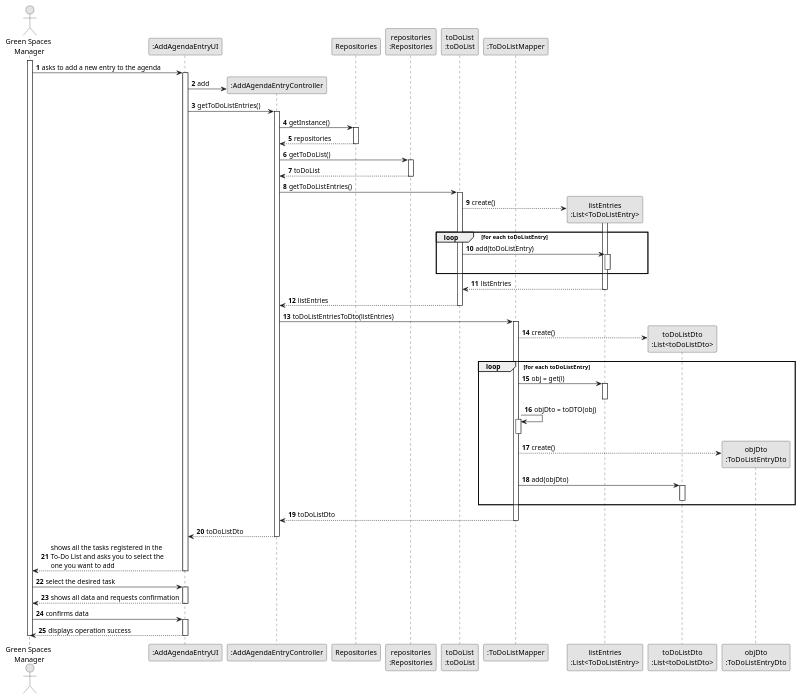
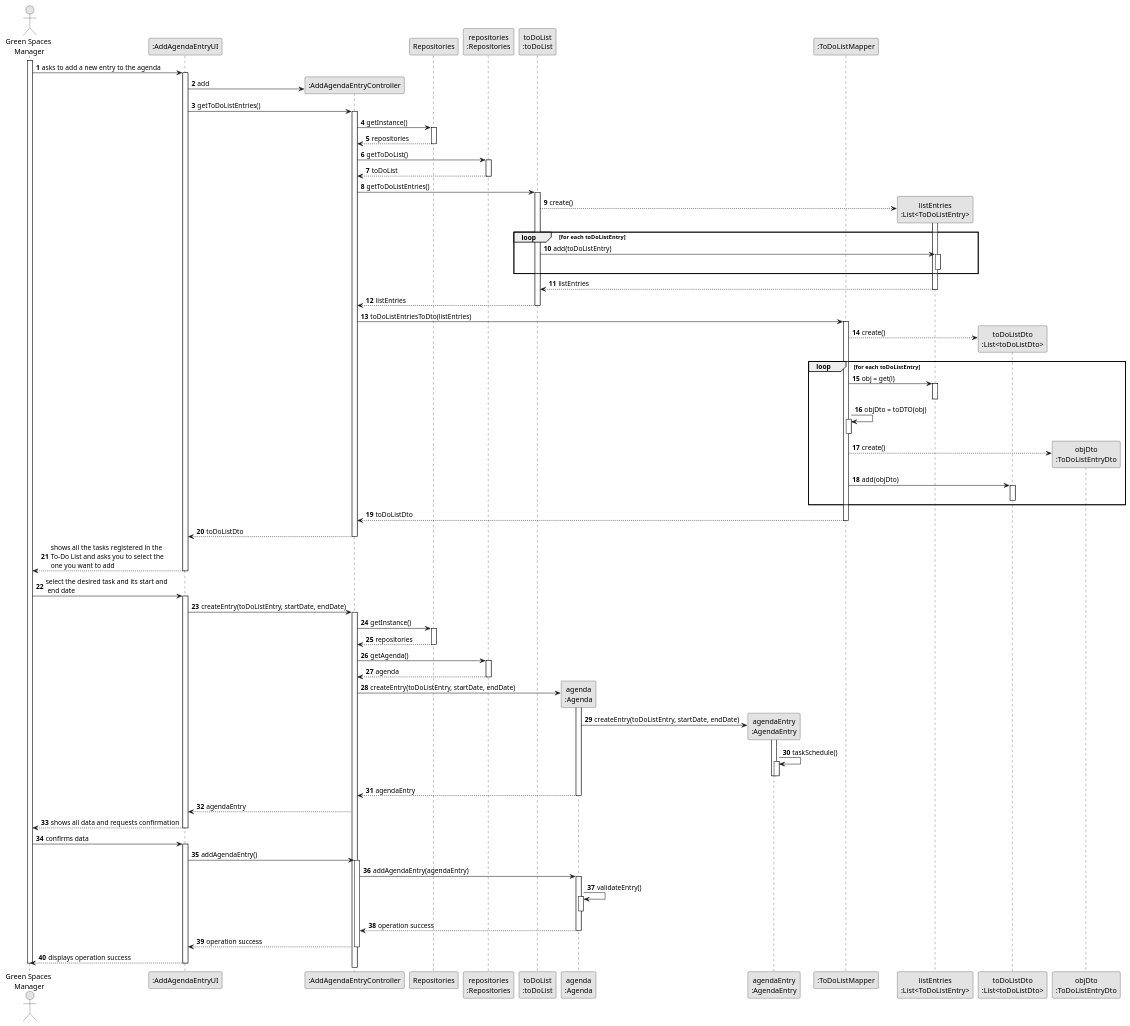
Before and after one commit to diogoveirospro/lei-24-s2-1dg-g072: the diagram in docs/sprintC/us022/03.design/puml/us022-sequence-diagram-full.puml, drawn with PlantUML. The commit also changed 7 other files, not shown here.

```diff
--- a/docs/sprintC/us022/03.design/puml/us022-sequence-diagram-full.puml
+++ b/docs/sprintC/us022/03.design/puml/us022-sequence-diagram-full.puml
@@ -1,106 +1,157 @@
 @startuml
 skinparam monochrome true
 skinparam packageStyle rectangle
 skinparam shadowing false
 
 autonumber
 
 'hide footbox
 actor "Green Spaces\n Manager" as GSM
 participant ":AddAgendaEntryUI" as UI
 participant ":AddAgendaEntryController" as CTRL
 participant Repositories
 participant "repositories\n:Repositories" as REP
 participant "toDoList\n:toDoList" as TODOLIST
+participant "agenda\n:Agenda" as AGENDA
+participant "agendaEntry\n:AgendaEntry" as AGENDAENTRY
 participant ":ToDoListMapper" as TODOLISTMAPPER
 participant "listEntries\n:List<ToDoListEntry>" as LISTENTRIES
 participant "toDoListDto\n:List<toDoListDto>" as TODOLISTDTO
 participant "objDto\n:ToDoListEntryDto" as TODOLISTENTRYDTO
 
 activate GSM
 
     GSM -> UI : asks to add a new entry to the agenda
     activate UI
 
         UI -> CTRL** : add
 
         UI -> CTRL : getToDoListEntries()
         activate CTRL
 
            CTRL -> Repositories: getInstance()
            activate Repositories
 
                 Repositories --> CTRL: repositories
            deactivate Repositories
 
            CTRL -> REP: getToDoList()
            activate REP
 
                 REP --> CTRL: toDoList
            deactivate REP
 
             CTRL -> TODOLIST : getToDoListEntries()
             activate TODOLIST
 
                     TODOLIST --> LISTENTRIES** : create()
                     activate LISTENTRIES
 
                         loop for each toDoListEntry
                             TODOLIST -> LISTENTRIES : add(toDoListEntry)
                             activate LISTENTRIES
                             deactivate LISTENTRIES
                         end
 
                         LISTENTRIES --> TODOLIST : listEntries
                     deactivate LISTENTRIES
 
 
                 TODOLIST --> CTRL : listEntries
             deactivate TODOLIST
 
             CTRL -> TODOLISTMAPPER : toDoListEntriesToDto(listEntries)
             activate TODOLISTMAPPER
 
                 TODOLISTMAPPER --> TODOLISTDTO** : create()
 
                 loop for each toDoListEntry
                     TODOLISTMAPPER -> LISTENTRIES : obj = get(i)
                     activate LISTENTRIES
                     deactivate LISTENTRIES
 
                     TODOLISTMAPPER -> TODOLISTMAPPER : objDto = toDTO(obj)
                     activate TODOLISTMAPPER
                     deactivate TODOLISTMAPPER
 
                     TODOLISTMAPPER --> TODOLISTENTRYDTO** : create()
 
                     TODOLISTMAPPER -> TODOLISTDTO : add(objDto)
                     activate TODOLISTDTO
                     deactivate TODOLISTDTO
 
                 end
 
                 TODOLISTMAPPER --> CTRL : toDoListDto
             deactivate TODOLISTMAPPER
 
             CTRL --> UI : toDoListDto
         deactivate CTRL
 
         UI --> GSM: shows all the tasks registered in the \nTo-Do List and asks you to select the \none you want to add
     deactivate UI
 
-    GSM -> UI: select the desired task
+    GSM -> UI: select the desired task and its start and\n end date
     activate UI
+
+        UI -> CTRL : createEntry(toDoListEntry, startDate, endDate)
+        activate CTRL
+
+            CTRL -> Repositories: getInstance()
+            activate Repositories
+
+                Repositories --> CTRL: repositories
+            deactivate Repositories
+
+            CTRL -> REP: getAgenda()
+            activate REP
+
+                REP --> CTRL: agenda
+            deactivate REP
+
+            CTRL -> AGENDA** : createEntry(toDoListEntry, startDate, endDate)
+            activate AGENDA
+
+                AGENDA -> AGENDAENTRY** : createEntry(toDoListEntry, startDate, endDate)
+                activate AGENDAENTRY
+
+                AGENDAENTRY -> AGENDAENTRY : taskSchedule()
+                activate AGENDAENTRY
+                deactivate AGENDAENTRY
+
+                deactivate AGENDAENTRY
+
+                AGENDA --> CTRL : agendaEntry
+                deactivate AGENDA
+
+            CTRL --> UI : agendaEntry
 
         UI --> GSM: shows all data and requests confirmation
     deactivate UI
 
     GSM -> UI: confirms data
     activate UI
 
+        UI -> CTRL : addAgendaEntry()
+        activate CTRL
+
+            CTRL -> AGENDA : addAgendaEntry(agendaEntry)
+            activate AGENDA
+
+            AGENDA -> AGENDA : validateEntry()
+            activate AGENDA
+
+            deactivate AGENDA
+
+            AGENDA --> CTRL : operation success
+            deactivate AGENDA
+
+            CTRL --> UI : operation success
+        deactivate CTRL
+
         UI --> GSM: displays operation success
     deactivate UI
 
 deactivate GSM
 
 @enduml
```
